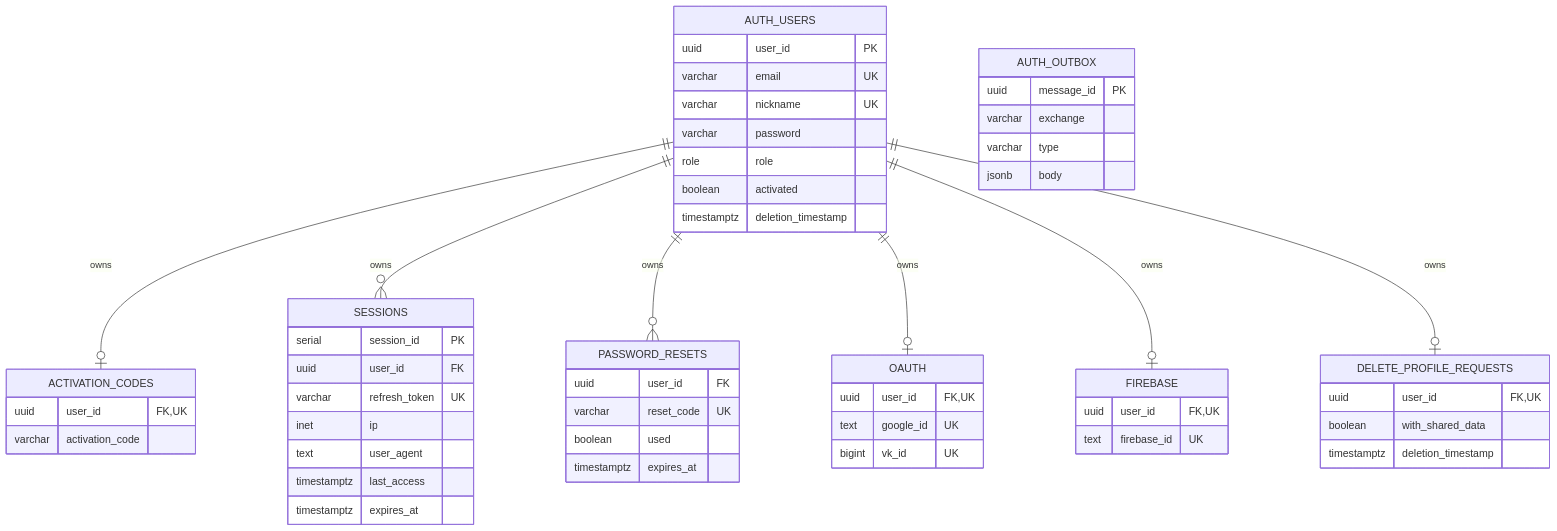
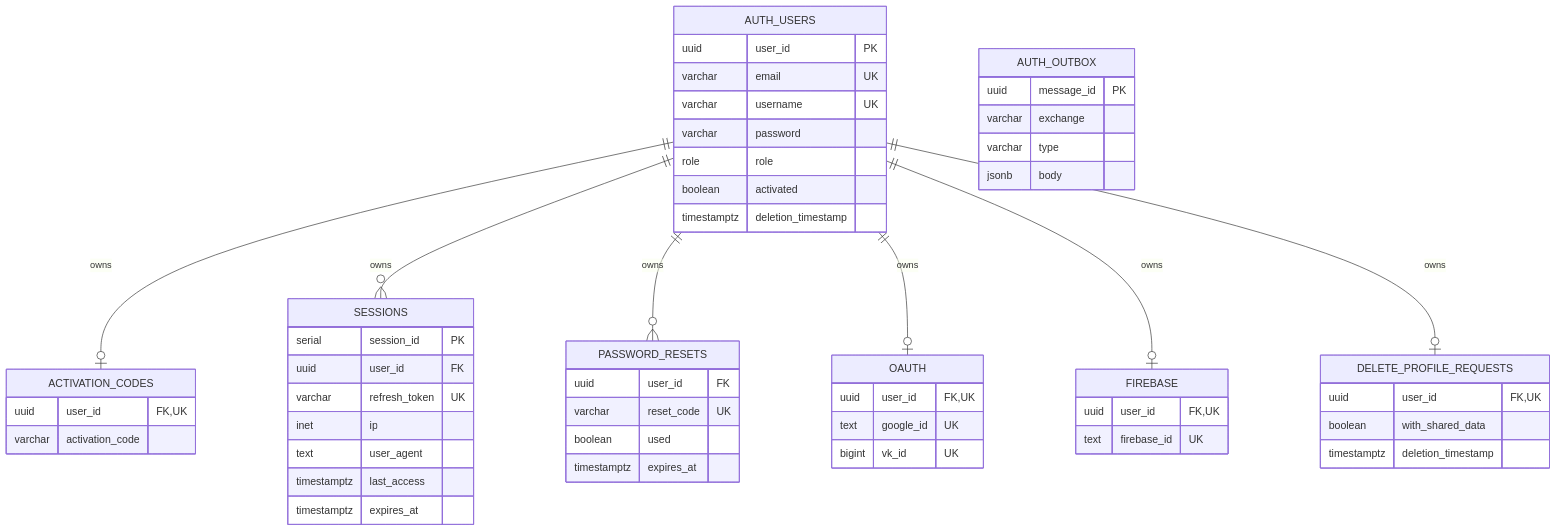
Before and after one commit to mephistolie/chefbook-backend-auth: the diagram in README.md, drawn with Mermaid. The commit also changed other lines of this file and 47 other files, not shown here.

````diff
--- a/README.md
+++ b/README.md
@@ -46,65 +46,65 @@
 ```mermaid
 erDiagram
     AUTH_USERS {
         uuid user_id PK
         varchar email UK
-        varchar nickname UK
+        varchar username UK
         varchar password
         role role
         boolean activated
         timestamptz deletion_timestamp
     }
 
     ACTIVATION_CODES {
         uuid user_id FK,UK
         varchar activation_code
     }
 
     SESSIONS {
         serial session_id PK
         uuid user_id FK
         varchar refresh_token UK
         inet ip
         text user_agent
         timestamptz last_access
         timestamptz expires_at
     }
 
     PASSWORD_RESETS {
         uuid user_id FK
         varchar reset_code UK
         boolean used
         timestamptz expires_at
     }
 
     OAUTH {
         uuid user_id FK,UK
         text google_id UK
         bigint vk_id UK
     }
 
     FIREBASE {
         uuid user_id FK,UK
         text firebase_id UK
     }
 
     DELETE_PROFILE_REQUESTS {
         uuid user_id FK,UK
         boolean with_shared_data
         timestamptz deletion_timestamp
     }
 
     AUTH_OUTBOX {
         uuid message_id PK
         varchar exchange
         varchar type
         jsonb body
     }
 
     AUTH_USERS ||--o| ACTIVATION_CODES : owns
     AUTH_USERS ||--o{ SESSIONS : owns
     AUTH_USERS ||--o{ PASSWORD_RESETS : owns
     AUTH_USERS ||--o| OAUTH : owns
     AUTH_USERS ||--o| FIREBASE : owns
     AUTH_USERS ||--o| DELETE_PROFILE_REQUESTS : owns
 ```
````
